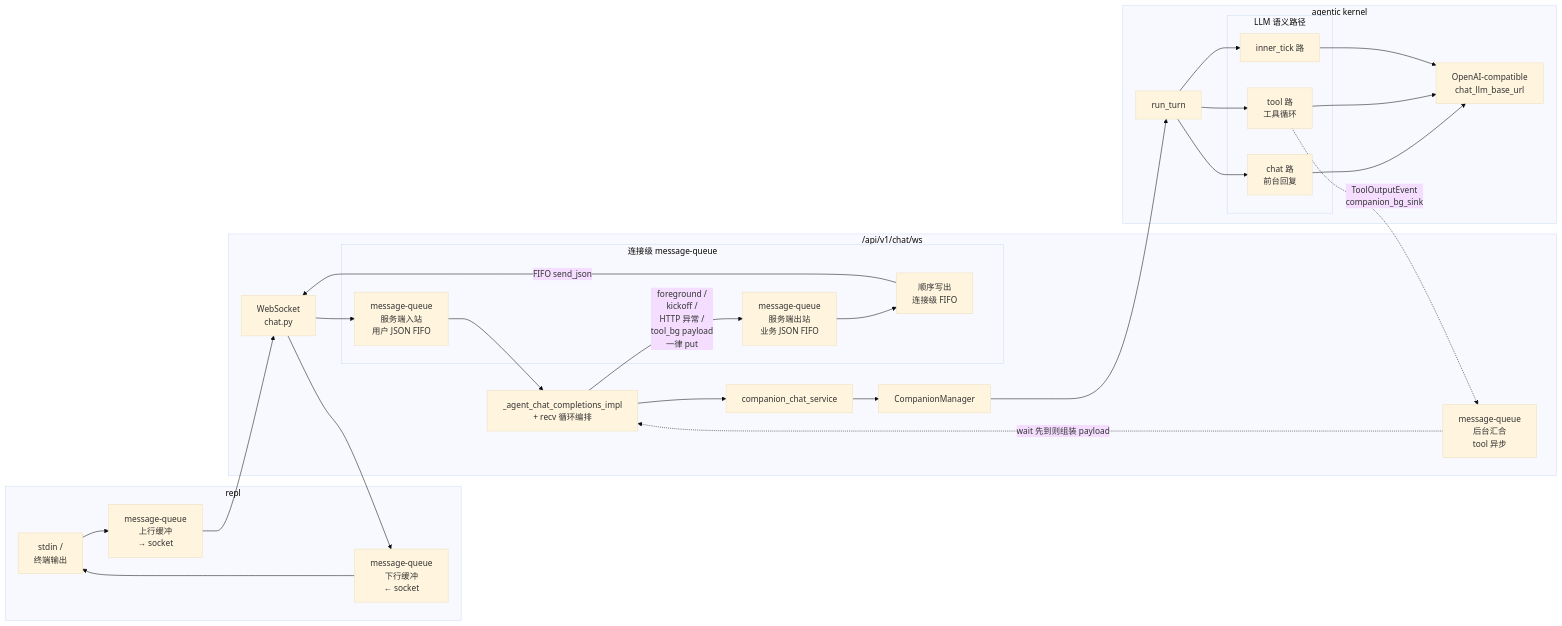
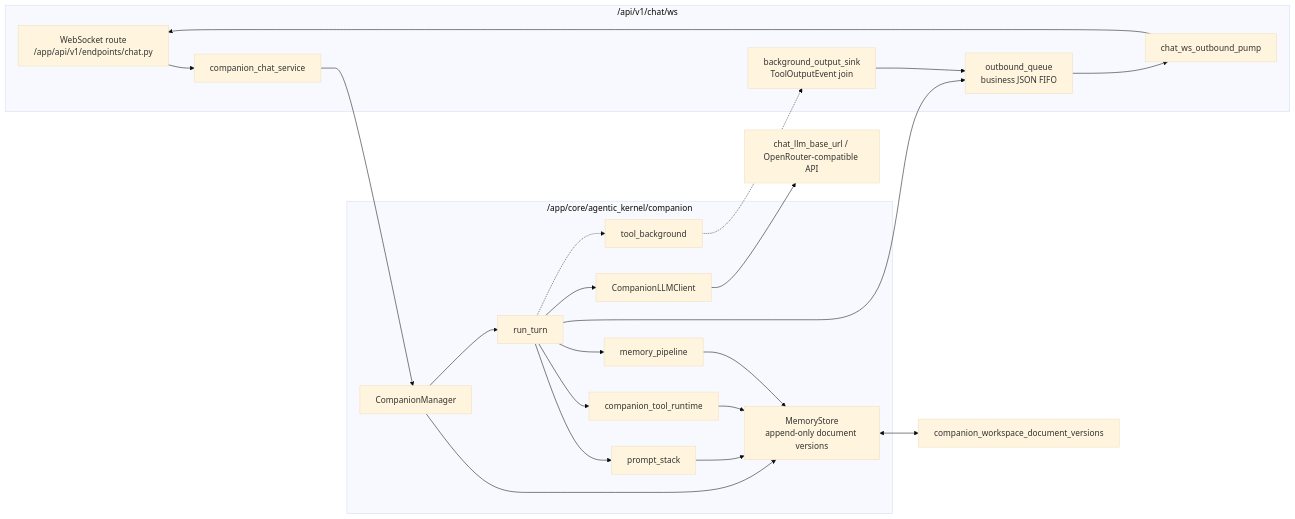
Before and after one commit to NascentCore/inty: the second of 2 diagrams in docs/imate/ARCH.md, drawn with Mermaid (base theme). The commit also changed other lines of this file, not shown here.

First line of the commit message:
Update iMate architecture review documentation

````diff
--- a/docs/imate/ARCH.md
+++ b/docs/imate/ARCH.md
@@ -103,44 +117,37 @@
 ```mermaid
 flowchart LR
-  subgraph repl["repl"]
-    RUI["stdin /\n终端输出"]
-    ROUT["message-queue\n上行缓冲\n→ socket"]
-    RIN["message-queue\n下行缓冲\n← socket"]
+  subgraph ChatWs["/api/v1/chat/ws"]
+    WS["WebSocket route\n/app/api/v1/endpoints/chat.py"]
+    OQ["outbound_queue\nbusiness JSON FIFO"]
+    PUMP["chat_ws_outbound_pump"]
+    BGQ["background_output_sink\nToolOutputEvent join"]
+    CCS["companion_chat_service"]
   end
 
-  subgraph ChatWs["/api/v1/chat/ws"]
-    WS["WebSocket\nchat.py"]
-    subgraph MsgIo["连接级 message-queue"]
-      WIN["message-queue\n服务端入站\n用户 JSON FIFO"]
-      OQ["message-queue\n服务端出站\n业务 JSON FIFO"]
-      PUMP["顺序写出\n连接级 FIFO"]
-    end
-    WSH["_agent_chat_completions_impl\n+ recv 循环编排"]
-    BGQ["message-queue\n后台汇合\ntool 异步"]
-    CCS["companion_chat_service"]
+  subgraph Kernel["/app/core/agentic_kernel/companion"]
     CM["CompanionManager"]
+    Store["MemoryStore\nappend-only document versions"]
+    RT["run_turn"]
+    PS["prompt_stack"]
+    LLMClient["CompanionLLMClient"]
+    Tools["companion_tool_runtime"]
+    MemPipe["memory_pipeline"]
+    ToolBg["tool_background"]
   end
 
-  subgraph Kernel["agentic kernel"]
-    RT["run_turn"]
-    subgraph LLMPaths["LLM 语义路径"]
-      CH["chat 路\n前台回复"]
-      TL["tool 路\n工具循环"]
-      IT["inner_tick 路"]
-    end
-    GW["OpenAI-compatible\nchat_llm_base_url"]
-  end
+  DB["companion_workspace_document_versions"]
+  GW["chat_llm_base_url / OpenRouter-compatible API"]
 
-  RUI --> ROUT --> WS --> WIN --> WSH
-  WSH --> CCS --> CM --> RT
-  RT --> CH
-  RT --> TL
-  RT --> IT
-  CH --> GW
-  TL --> GW
-  IT --> GW
-  TL -.->|ToolOutputEvent\ncompanion_bg_sink| BGQ
-  BGQ -.->|wait 先到则组装 payload| WSH
-  WSH -->|foreground /\nkickoff /\nHTTP 异常 /\ntool_bg payload\n一律 put| OQ
-  OQ --> PUMP -->|FIFO send_json| WS --> RIN --> RUI
+  WS --> CCS --> CM --> Store
+  CM --> RT
+  Store <--> DB
+  RT --> PS
+  PS --> Store
+  RT --> LLMClient --> GW
+  RT --> Tools --> Store
+  RT -.-> ToolBg -.-> BGQ
+  RT --> MemPipe --> Store
+  RT --> OQ
+  BGQ --> OQ
+  OQ --> PUMP --> WS
 ```
````
